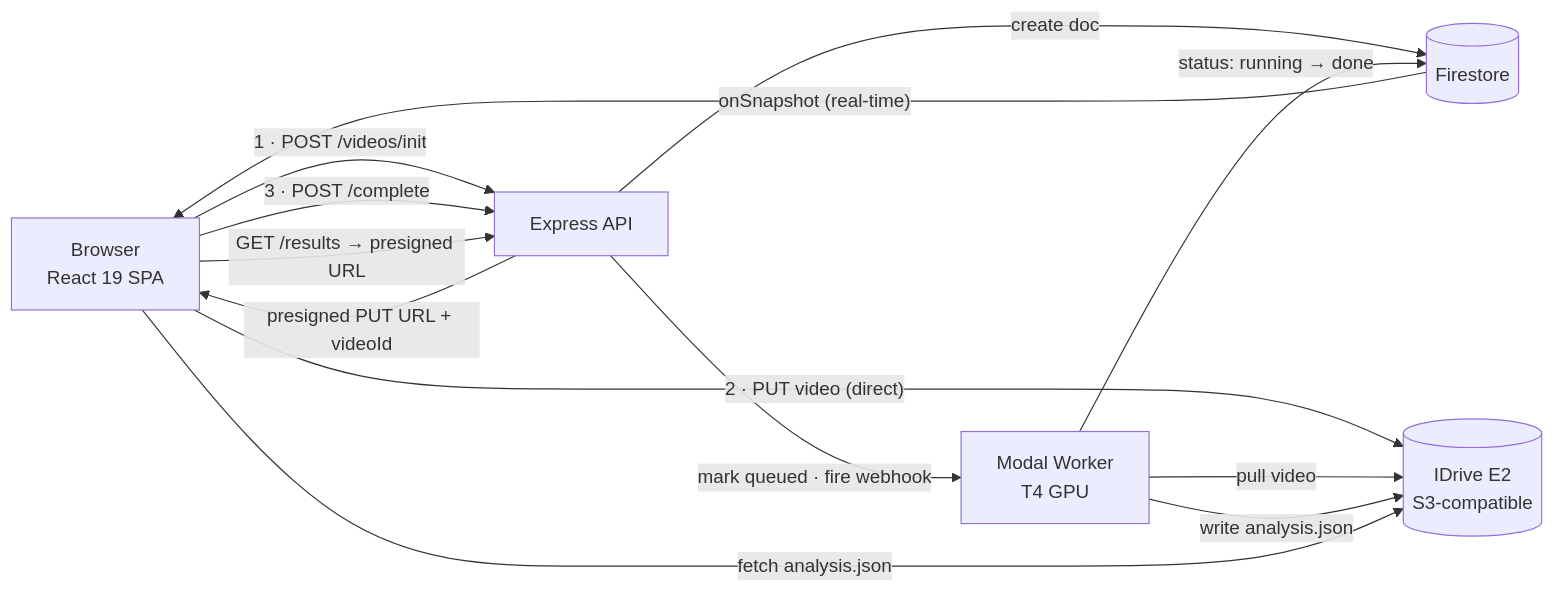
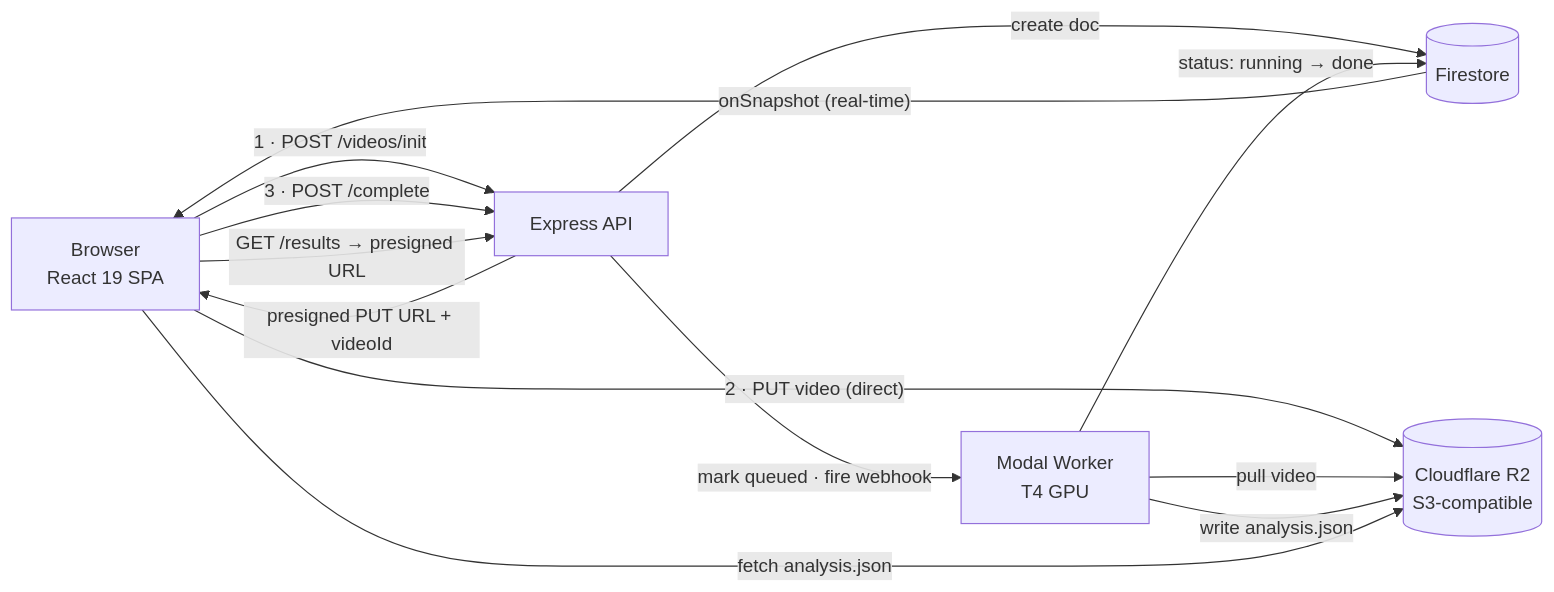
Before and after one commit to jameshualiu/badminton-ai-analyst: the diagram in README.md, drawn with Mermaid. The commit also changed other lines of this file and 4 other files, not shown here.

First line of the commit message:
docs: correct storage provider from IDrive E2 to Cloudflare R2

````diff
--- a/README.md
+++ b/README.md
@@ -54,15 +54,15 @@
 ```mermaid
 flowchart LR
     B["Browser<br/>React 19 SPA"] -->|"1 · POST /videos/init"| API["Express API"]
     API -->|"presigned PUT URL + videoId"| B
     API -->|"create doc"| FS[("Firestore")]
-    B -->|"2 · PUT video (direct)"| E2[("IDrive E2<br/>S3-compatible")]
+    B -->|"2 · PUT video (direct)"| E2[("Cloudflare R2<br/>S3-compatible")]
     B -->|"3 · POST /complete"| API
     API -->|"mark queued · fire webhook"| W["Modal Worker<br/>T4 GPU"]
     W -->|"pull video"| E2
     W -->|"write analysis.json"| E2
     W -->|"status: running → done"| FS
     FS -->|"onSnapshot (real-time)"| B
     B -->|"GET /results → presigned URL"| API
     B -->|"fetch analysis.json"| E2
 ```
````
